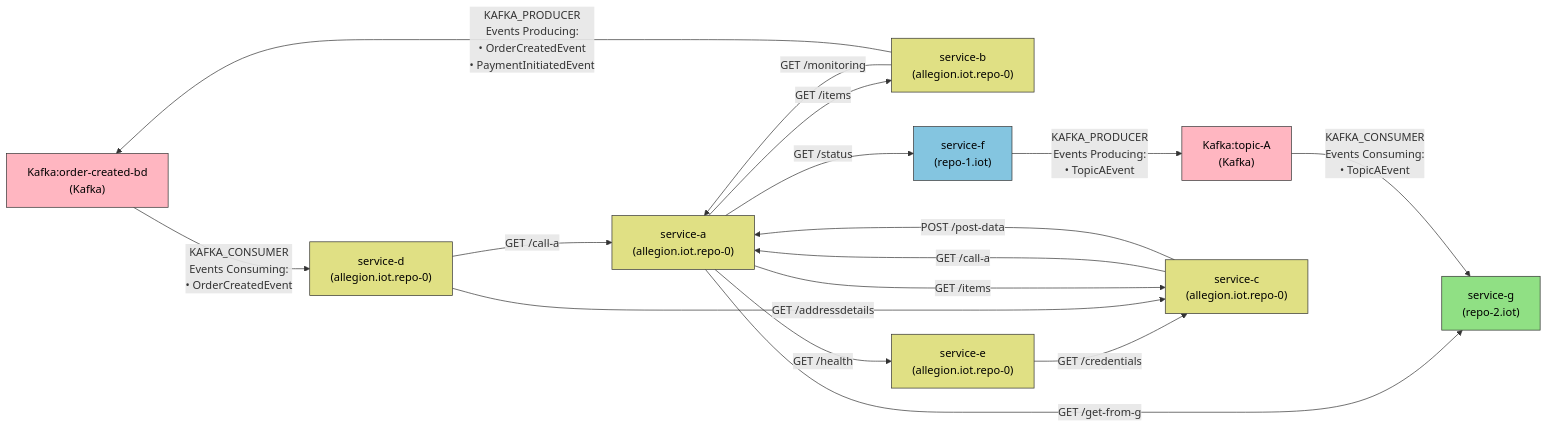
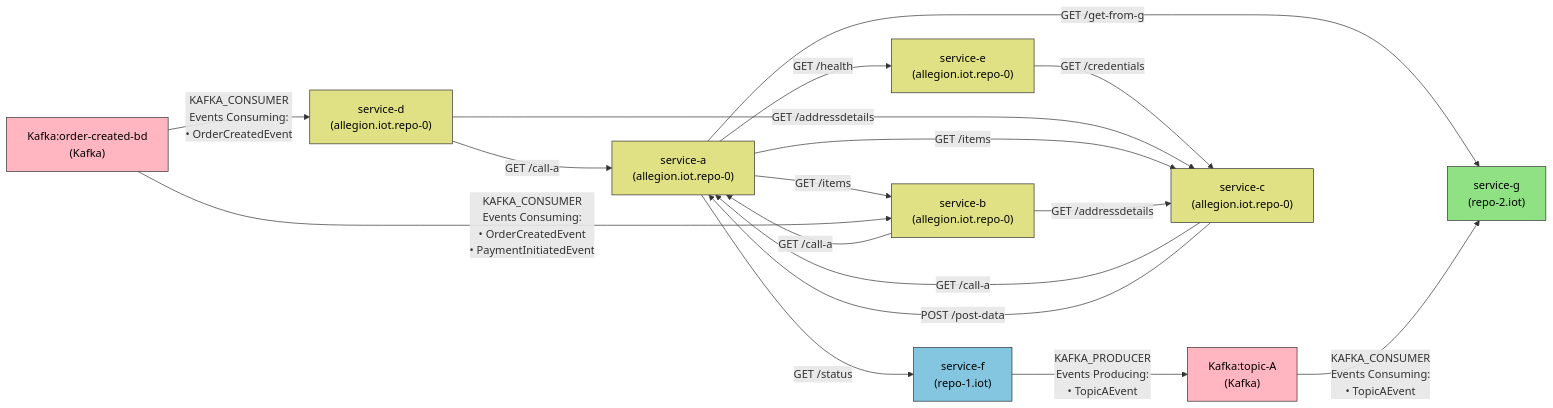
One commit to lokesh0507/First_project changed the diagram in output/deps.md. Above: the diagram before and after it, drawn with Mermaid. The commit also changed 1 other file, not shown here.

Commit message:
Auto-update dependency graph [skip ci]

````diff
--- a/output/deps.md
+++ b/output/deps.md
@@ -1,47 +1,48 @@
 ```mermaid
 graph LR
 classDef Kafka fill:#FFB6C1,stroke:#333,color:#000
 classDef allegion_iot_repo_0 fill:#E0E084,stroke:#333,color:#000
 classDef repo_1_iot fill:#84C5E0,stroke:#333,color:#000
 classDef repo_2_iot fill:#90E084,stroke:#333,color:#000
 
   Kafka_order_created_bd["Kafka:order-created-bd
 (Kafka)"]
   Kafka_topic_A["Kafka:topic-A
 (Kafka)"]
   service_a["service-a
 (allegion.iot.repo-0)"]
   service_b["service-b
 (allegion.iot.repo-0)"]
   service_c["service-c
 (allegion.iot.repo-0)"]
   service_d["service-d
 (allegion.iot.repo-0)"]
   service_e["service-e
 (allegion.iot.repo-0)"]
   service_f["service-f
 (repo-1.iot)"]
   service_g["service-g
 (repo-2.iot)"]
 
   service_e -->|GET /credentials| service_c
   service_d -->|GET /call-a| service_a
   service_d -->|GET /addressdetails| service_c
   service_a -->|GET /items| service_b
   service_a -->|GET /items| service_c
   service_a -->|GET /health| service_e
   service_a -->|GET /get-from-g| service_g
   service_a -->|GET /status| service_f
   service_c -->|GET /call-a| service_a
   service_c -->|POST /post-data| service_a
-  service_b -->|GET /monitoring| service_a
+  service_b -->|GET /call-a| service_a
+  service_b -->|GET /addressdetails| service_c
   Kafka_order_created_bd -->|"KAFKA_CONSUMER<br/>Events Consuming:<br/>• OrderCreatedEvent"| service_d
-  service_b -->|"KAFKA_PRODUCER<br/>Events Producing:<br/>• OrderCreatedEvent<br/>• PaymentInitiatedEvent"| Kafka_order_created_bd
+  Kafka_order_created_bd -->|"KAFKA_CONSUMER<br/>Events Consuming:<br/>• OrderCreatedEvent<br/>• PaymentInitiatedEvent"| service_b
   Kafka_topic_A -->|"KAFKA_CONSUMER<br/>Events Consuming:<br/>• TopicAEvent"| service_g
   service_f -->|"KAFKA_PRODUCER<br/>Events Producing:<br/>• TopicAEvent"| Kafka_topic_A
 
 class Kafka_order_created_bd,Kafka_topic_A Kafka
 class service_a,service_b,service_c,service_d,service_e allegion_iot_repo_0
 class service_f repo_1_iot
 class service_g repo_2_iot
 ```
````
